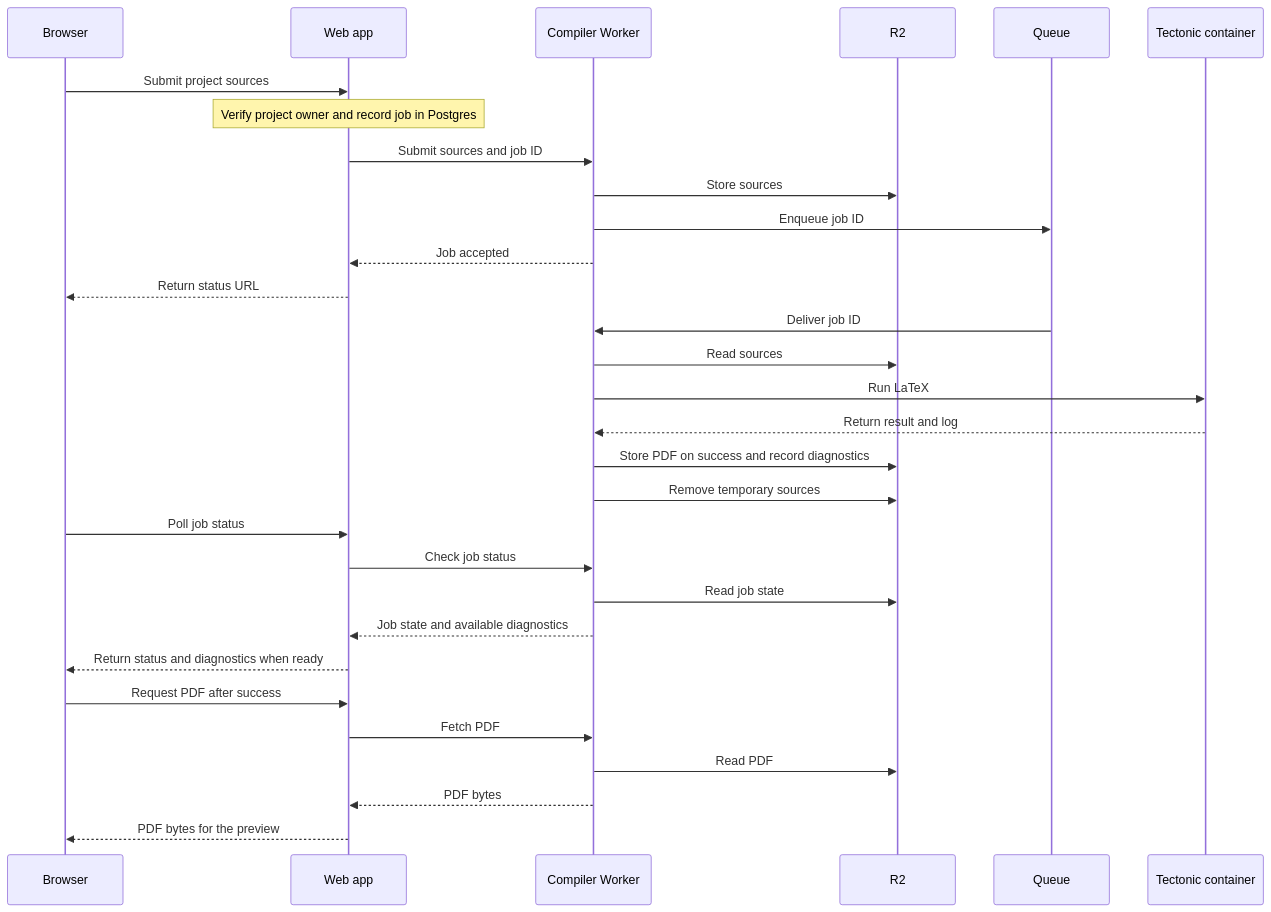
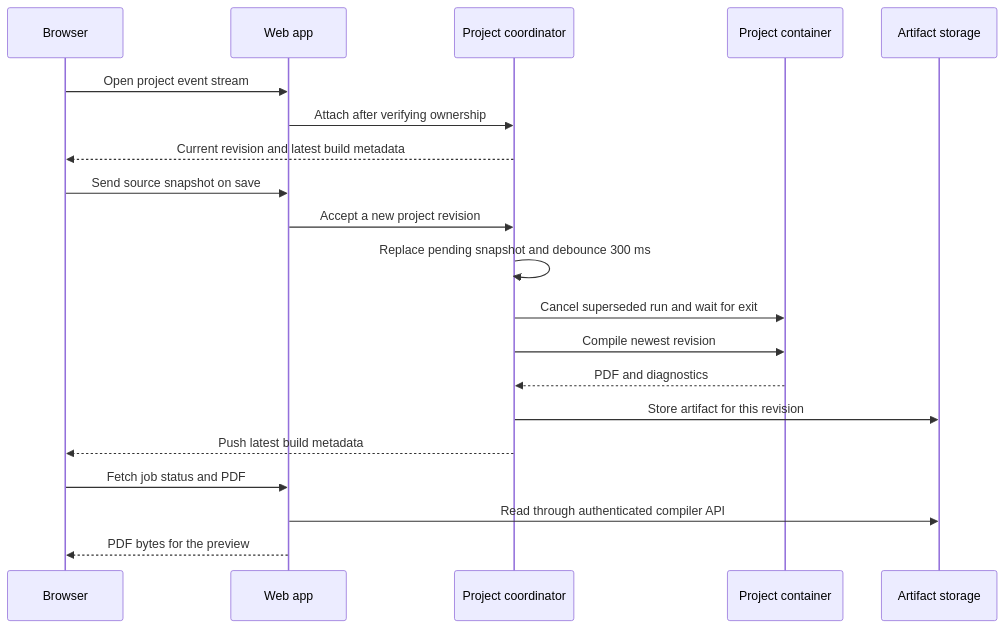
One commit to texfolia/texfolia changed the second of 2 diagrams in README.md. Above: the diagram before and after it, drawn with Mermaid. The commit also changed other lines of this file and 30 other files, not shown here.

First line of the commit message:
feat(compiler): coordinate project builds locally and on Workers

````diff
--- a/README.md
+++ b/README.md
@@ -90,35 +110,23 @@
 ```mermaid
 sequenceDiagram
     participant B as Browser
     participant W as Web app
-    participant C as Compiler Worker
-    participant R as R2
-    participant Q as Queue
-    participant T as Tectonic container
+    participant P as Project coordinator
+    participant T as Project container
+    participant R as Artifact storage
 
-    B->>W: Submit project sources
-    Note over W: Verify project owner and record job in Postgres
-    W->>C: Submit sources and job ID
-    C->>R: Store sources
-    C->>Q: Enqueue job ID
-    C-->>W: Job accepted
-    W-->>B: Return status URL
-
-    Q->>C: Deliver job ID
-    C->>R: Read sources
-    C->>T: Run LaTeX
-    T-->>C: Return result and log
-    C->>R: Store PDF on success and record diagnostics
-    C->>R: Remove temporary sources
-
-    B->>W: Poll job status
-    W->>C: Check job status
-    C->>R: Read job state
-    C-->>W: Job state and available diagnostics
-    W-->>B: Return status and diagnostics when ready
-    B->>W: Request PDF after success
-    W->>C: Fetch PDF
-    C->>R: Read PDF
-    C-->>W: PDF bytes
+    B->>W: Open project event stream
+    W->>P: Attach after verifying ownership
+    P-->>B: Current revision and latest build metadata
+    B->>W: Send source snapshot on save
+    W->>P: Accept a new project revision
+    P->>P: Replace pending snapshot and debounce 300 ms
+    P->>T: Cancel superseded run and wait for exit
+    P->>T: Compile newest revision
+    T-->>P: PDF and diagnostics
+    P->>R: Store artifact for this revision
+    P-->>B: Push latest build metadata
+    B->>W: Fetch job status and PDF
+    W->>R: Read through authenticated compiler API
     W-->>B: PDF bytes for the preview
 ```
````
